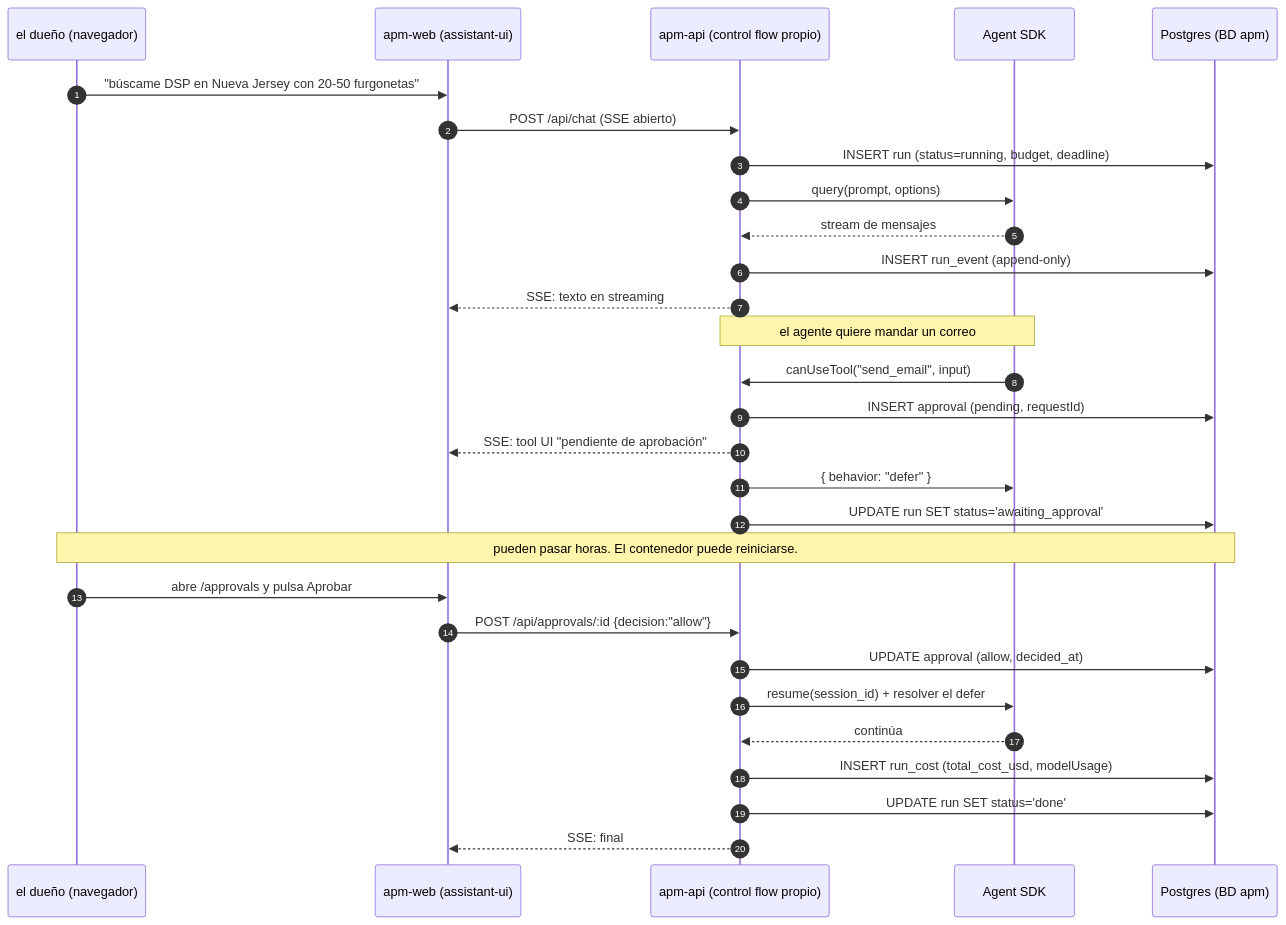
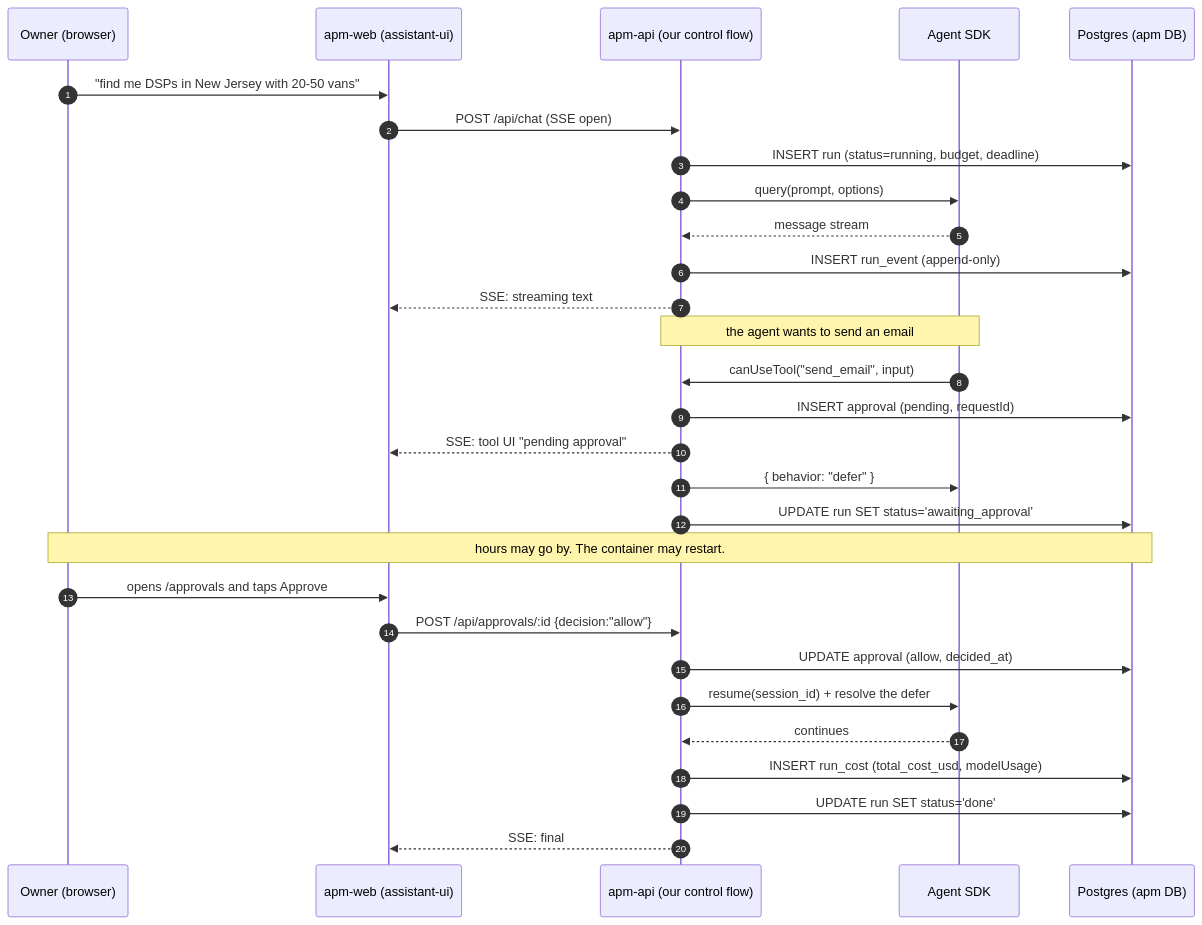
One commit to RosaritoRD/centro-de-mando changed the second of 2 diagrams in docs/ARCHITECTURE.md. Above: the diagram before and after it, drawn with Mermaid. The commit also changed other lines of this file and 79 other files, not shown here.

Commit message:
English everywhere: bilingual web panel (EN/ES, follows the browser), API messages, comments, docs and research reports

````diff
--- a/docs/ARCHITECTURE.md
+++ b/docs/ARCHITECTURE.md
@@ -55,35 +56,35 @@
 ```mermaid
 sequenceDiagram
     autonumber
-    participant U as el dueño (navegador)
+    participant U as Owner (browser)
     participant W as apm-web (assistant-ui)
-    participant A as apm-api (control flow propio)
+    participant A as apm-api (our control flow)
     participant S as Agent SDK
-    participant D as Postgres (BD apm)
+    participant D as Postgres (apm DB)
 
-    U->>W: "búscame DSP en Nueva Jersey con 20-50 furgonetas"
-    W->>A: POST /api/chat  (SSE abierto)
+    U->>W: "find me DSPs in New Jersey with 20-50 vans"
+    W->>A: POST /api/chat  (SSE open)
     A->>D: INSERT run (status=running, budget, deadline)
     A->>S: query(prompt, options)
-    S-->>A: stream de mensajes
+    S-->>A: message stream
     A->>D: INSERT run_event (append-only)
-    A-->>W: SSE: texto en streaming
+    A-->>W: SSE: streaming text
 
-    Note over S,A: el agente quiere mandar un correo
+    Note over S,A: the agent wants to send an email
     S->>A: canUseTool("send_email", input)
     A->>D: INSERT approval (pending, requestId)
-    A-->>W: SSE: tool UI "pendiente de aprobación"
+    A-->>W: SSE: tool UI "pending approval"
     A->>S: { behavior: "defer" }
     A->>D: UPDATE run SET status='awaiting_approval'
 
-    Note over U,D: pueden pasar horas. El contenedor puede reiniciarse.
+    Note over U,D: hours may go by. The container may restart.
 
-    U->>W: abre /approvals y pulsa Aprobar
+    U->>W: opens /approvals and taps Approve
     W->>A: POST /api/approvals/:id  {decision:"allow"}
     A->>D: UPDATE approval (allow, decided_at)
-    A->>S: resume(session_id) + resolver el defer
-    S-->>A: continúa
+    A->>S: resume(session_id) + resolve the defer
+    S-->>A: continues
     A->>D: INSERT run_cost (total_cost_usd, modelUsage)
     A->>D: UPDATE run SET status='done'
     A-->>W: SSE: final
 ```
````
